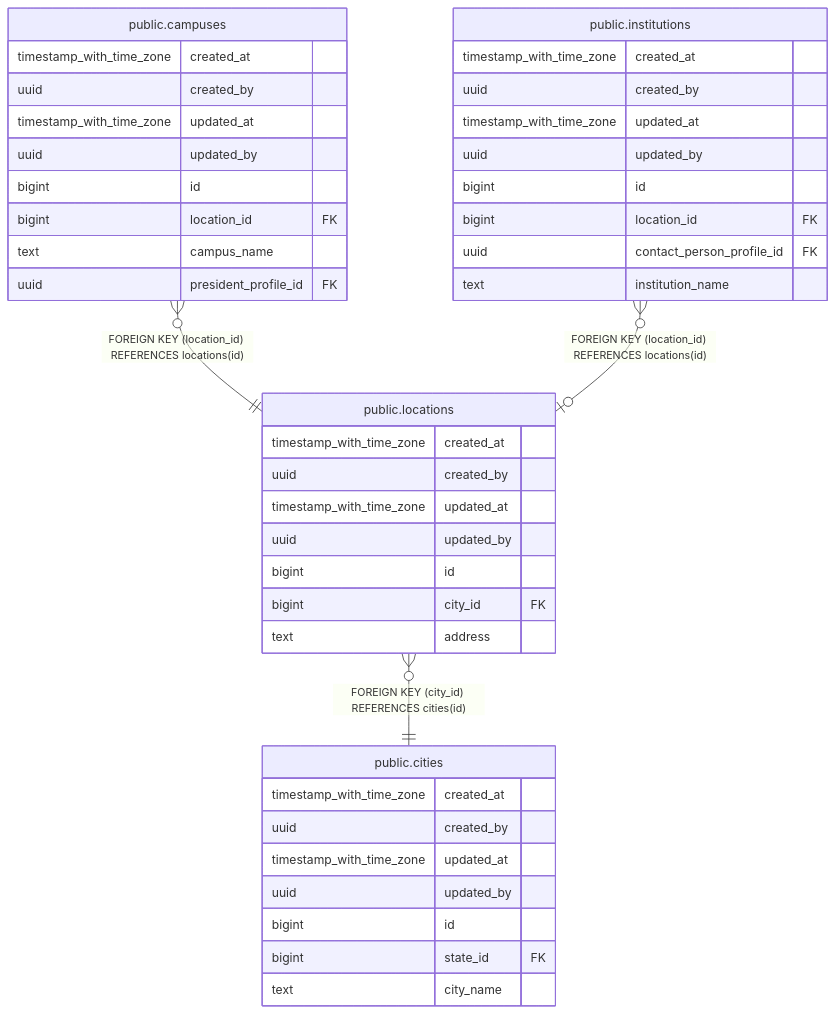
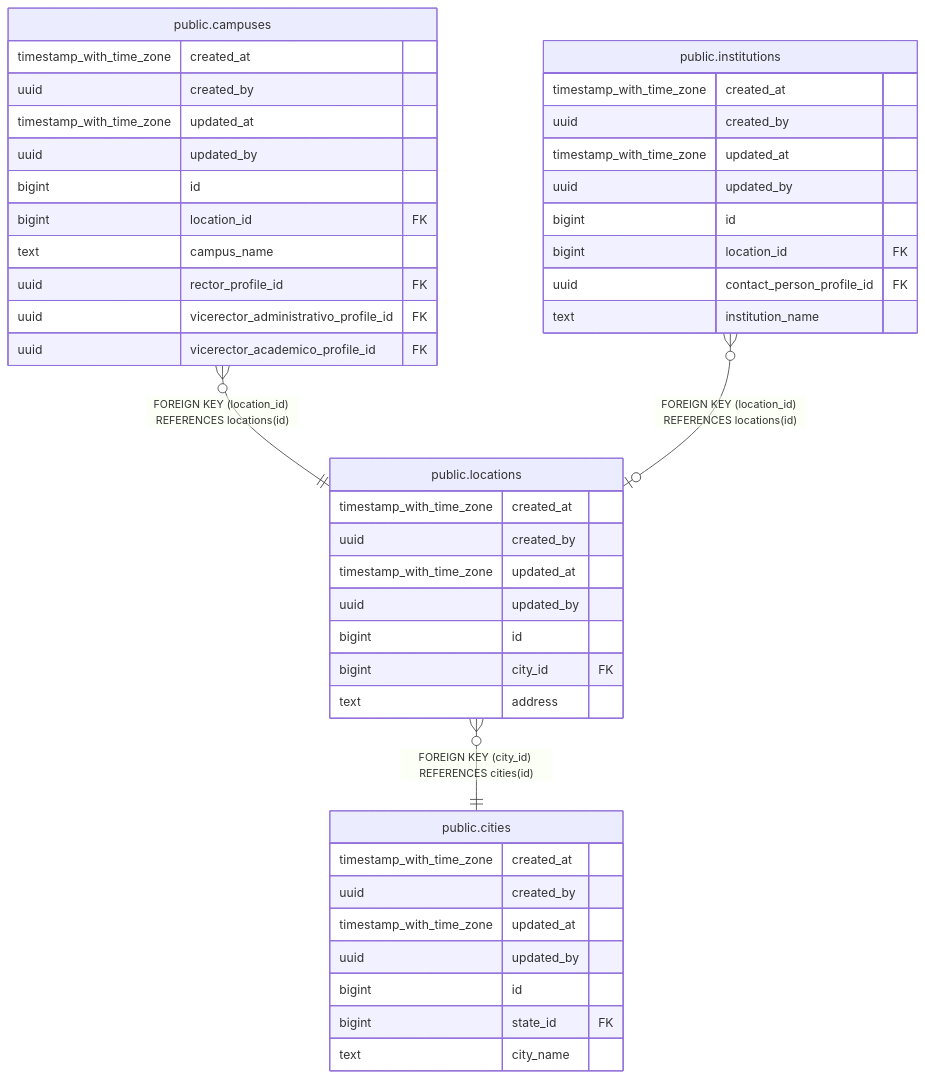
The diagram in docs/db/tbls/public.locations.md (icristianhernandez/academic-service-backend), drawn with Mermaid before and after one commit. The commit also changed 11 other files, not shown here.

````diff
--- a/docs/db/tbls/public.locations.md
+++ b/docs/db/tbls/public.locations.md
@@ -39,46 +39,48 @@
 ```mermaid
 erDiagram
 
 "public.campuses" }o--|| "public.locations" : "FOREIGN KEY (location_id) REFERENCES locations(id)"
 "public.institutions" }o--o| "public.locations" : "FOREIGN KEY (location_id) REFERENCES locations(id)"
 "public.locations" }o--|| "public.cities" : "FOREIGN KEY (city_id) REFERENCES cities(id)"
 
 "public.locations" {
   timestamp_with_time_zone created_at ""
   uuid created_by ""
   timestamp_with_time_zone updated_at ""
   uuid updated_by ""
   bigint id ""
   bigint city_id FK ""
   text address ""
 }
 "public.campuses" {
   timestamp_with_time_zone created_at ""
   uuid created_by ""
   timestamp_with_time_zone updated_at ""
   uuid updated_by ""
   bigint id ""
   bigint location_id FK ""
   text campus_name ""
-  uuid president_profile_id FK ""
+  uuid rector_profile_id FK ""
+  uuid vicerector_administrativo_profile_id FK ""
+  uuid vicerector_academico_profile_id FK ""
 }
 "public.institutions" {
   timestamp_with_time_zone created_at ""
   uuid created_by ""
   timestamp_with_time_zone updated_at ""
   uuid updated_by ""
   bigint id ""
   bigint location_id FK ""
   uuid contact_person_profile_id FK ""
   text institution_name ""
 }
 "public.cities" {
   timestamp_with_time_zone created_at ""
   uuid created_by ""
   timestamp_with_time_zone updated_at ""
   uuid updated_by ""
   bigint id ""
   bigint state_id FK ""
   text city_name ""
 }
 ```
````
